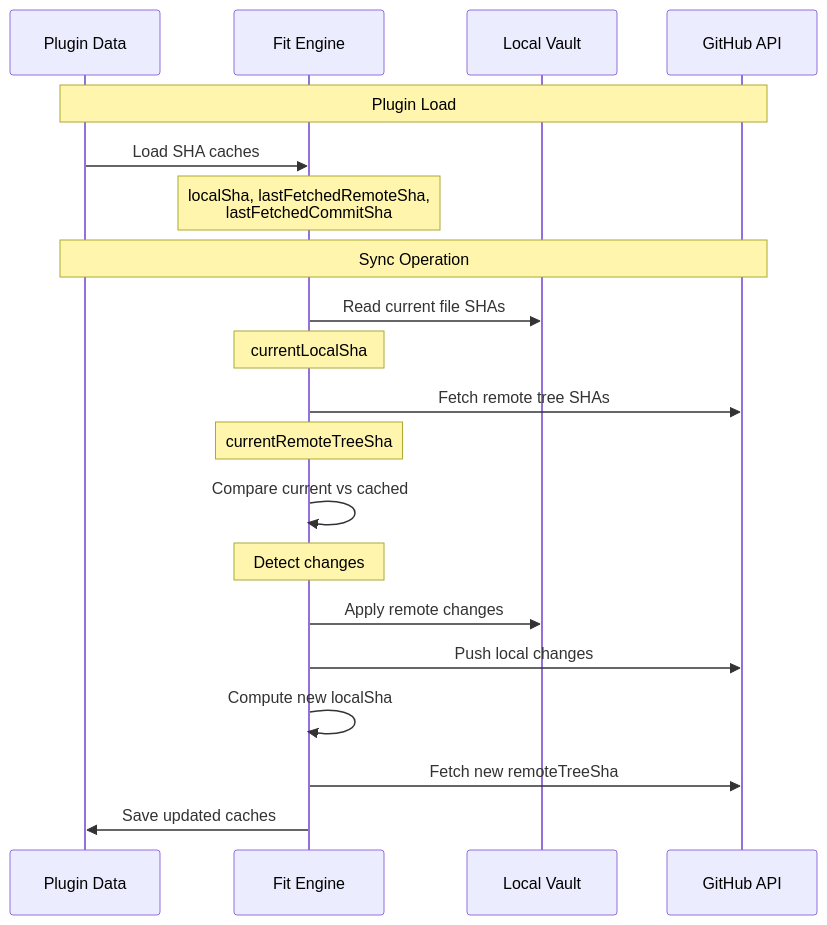
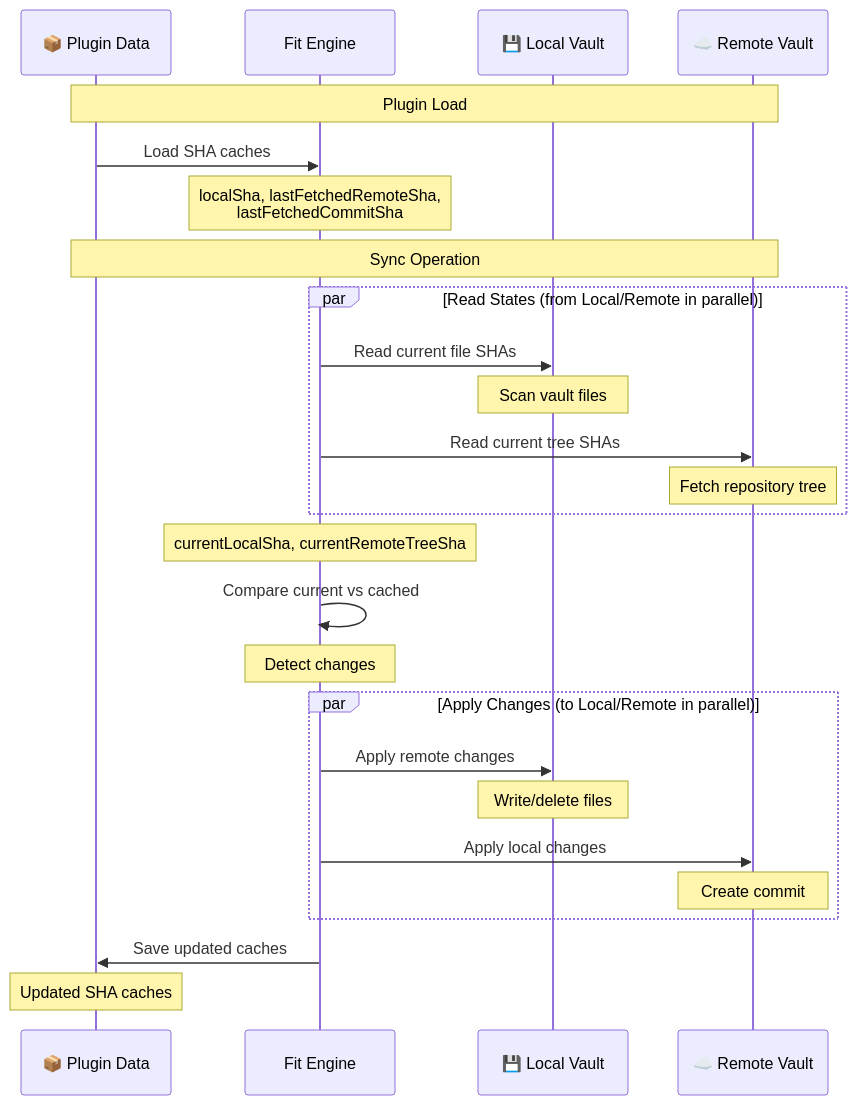
The first of 4 diagrams in docs/sync-logic.md (joshuakto/fit), drawn with Mermaid before and after one commit. The commit also changed other lines of this file and 1 other file, not shown here.

Commit message:
docs: Enhance architecture/sync-logic diagrams and visuals (#107)

````diff
--- a/docs/sync-logic.md
+++ b/docs/sync-logic.md
@@ -48,27 +46,34 @@
 ```mermaid
 sequenceDiagram
-    participant Storage as Plugin Data
+    participant Storage as 📦 Plugin Data
     participant Fit as Fit Engine
-    participant Vault as Local Vault
-    participant GitHub as GitHub API
+    participant Local as 💾 Local Vault
+    participant Remote as ☁️ Remote Vault
 
-    Note over Storage,GitHub: Plugin Load
+    Note over Storage,Remote: Plugin Load
     Storage->>Fit: Load SHA caches
     Note over Fit: localSha, lastFetchedRemoteSha,<br/>lastFetchedCommitSha
 
-    Note over Storage,GitHub: Sync Operation
-    Fit->>Vault: Read current file SHAs
-    Note over Fit: currentLocalSha
-    Fit->>GitHub: Fetch remote tree SHAs
-    Note over Fit: currentRemoteTreeSha
+    Note over Storage,Remote: Sync Operation
+    par Read States (from Local/Remote in parallel)
+        Fit->>Local: Read current file SHAs
+        Note over Local: Scan vault files
+        Fit->>Remote: Read current tree SHAs
+        Note over Remote: Fetch repository tree
+    end
+
+    Note over Fit: currentLocalSha, currentRemoteTreeSha
 
     Fit->>Fit: Compare current vs cached
     Note over Fit: Detect changes
 
-    Fit->>Vault: Apply remote changes
-    Fit->>GitHub: Push local changes
+    par Apply Changes (to Local/Remote in parallel)
+        Fit->>Local: Apply remote changes
+        Note over Local: Write/delete files
+        Fit->>Remote: Apply local changes
+        Note over Remote: Create commit
+    end
 
-    Fit->>Fit: Compute new localSha
-    Fit->>GitHub: Fetch new remoteTreeSha
     Fit->>Storage: Save updated caches
+    Note over Storage: Updated SHA caches
 ```
````
